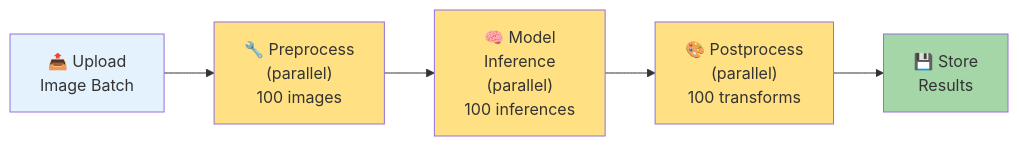
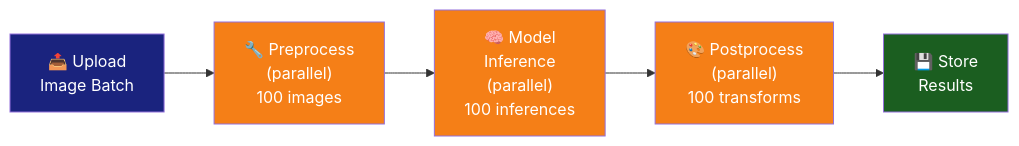
The fourth of 13 diagrams in README.md (Singularity-ng/singularity-workflows), drawn with Mermaid before and after one commit. The commit also changed other lines of this file, not shown here.

First line of the commit message:
Improve Mermaid diagram contrast for dark GitHub theme

````diff
--- a/README.md
+++ b/README.md
@@ -121,13 +121,13 @@
 ```mermaid
 graph LR
     A["📤 Upload<br/>Image Batch"] --> B["🔧 Preprocess<br/>(parallel)<br/>100 images"]
     B --> C["🧠 Model<br/>Inference<br/>(parallel)<br/>100 inferences"]
     C --> D["🎨 Postprocess<br/>(parallel)<br/>100 transforms"]
     D --> E["💾 Store<br/>Results"]
 
-    style A fill:#E3F2FD
-    style B fill:#FFE082
-    style C fill:#FFE082
-    style D fill:#FFE082
-    style E fill:#A5D6A7
+    style A fill:#1a237e,color:#fff
+    style B fill:#f57f17,color:#fff
+    style C fill:#f57f17,color:#fff
+    style D fill:#f57f17,color:#fff
+    style E fill:#1b5e20,color:#fff
 ```
````
